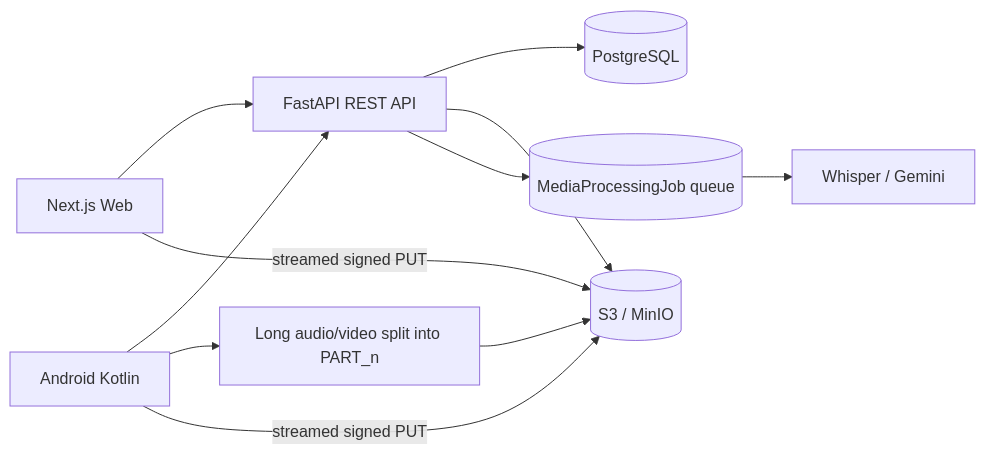
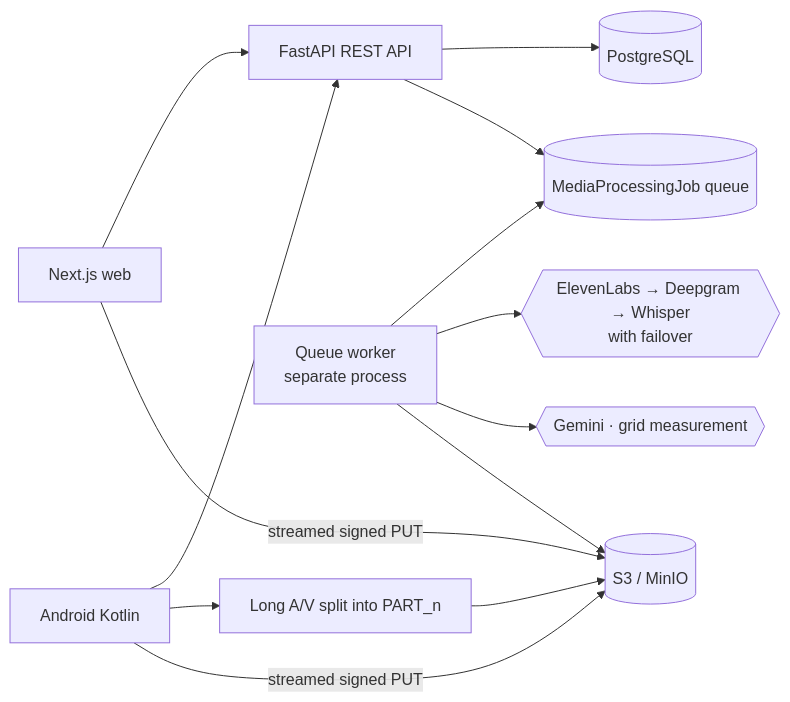
One commit to cxacraftecosystem-ui/documentation-portal changed the diagram in README.md. Above: the diagram before and after it, drawn with Mermaid. The commit also changed other lines of this file and 278 other files, not shown here.

````diff
--- a/README.md
+++ b/README.md
@@ -30,13 +42,15 @@
 ```mermaid
 flowchart LR
-  web[Next.js Web] --> api[FastAPI REST API]
+  web[Next.js web] --> api[FastAPI REST API]
   android[Android Kotlin] --> api
   api --> db[(PostgreSQL)]
-  api --> s3[(S3 / MinIO)]
   api --> queue[(MediaProcessingJob queue)]
-  queue --> ai[Whisper / Gemini]
-  split[Long audio/video split into PART_n] --> s3
+  worker[Queue worker<br/>separate process] --> queue
+  worker --> stt{{"ElevenLabs → Deepgram → Whisper<br/>with failover"}}
+  worker --> gem{{Gemini · grid measurement}}
+  split[Long A/V split into PART_n] --> s3[(S3 / MinIO)]
   web -->|streamed signed PUT| s3
   android --> split
   android -->|streamed signed PUT| s3
+  worker --> s3
 ```
````
